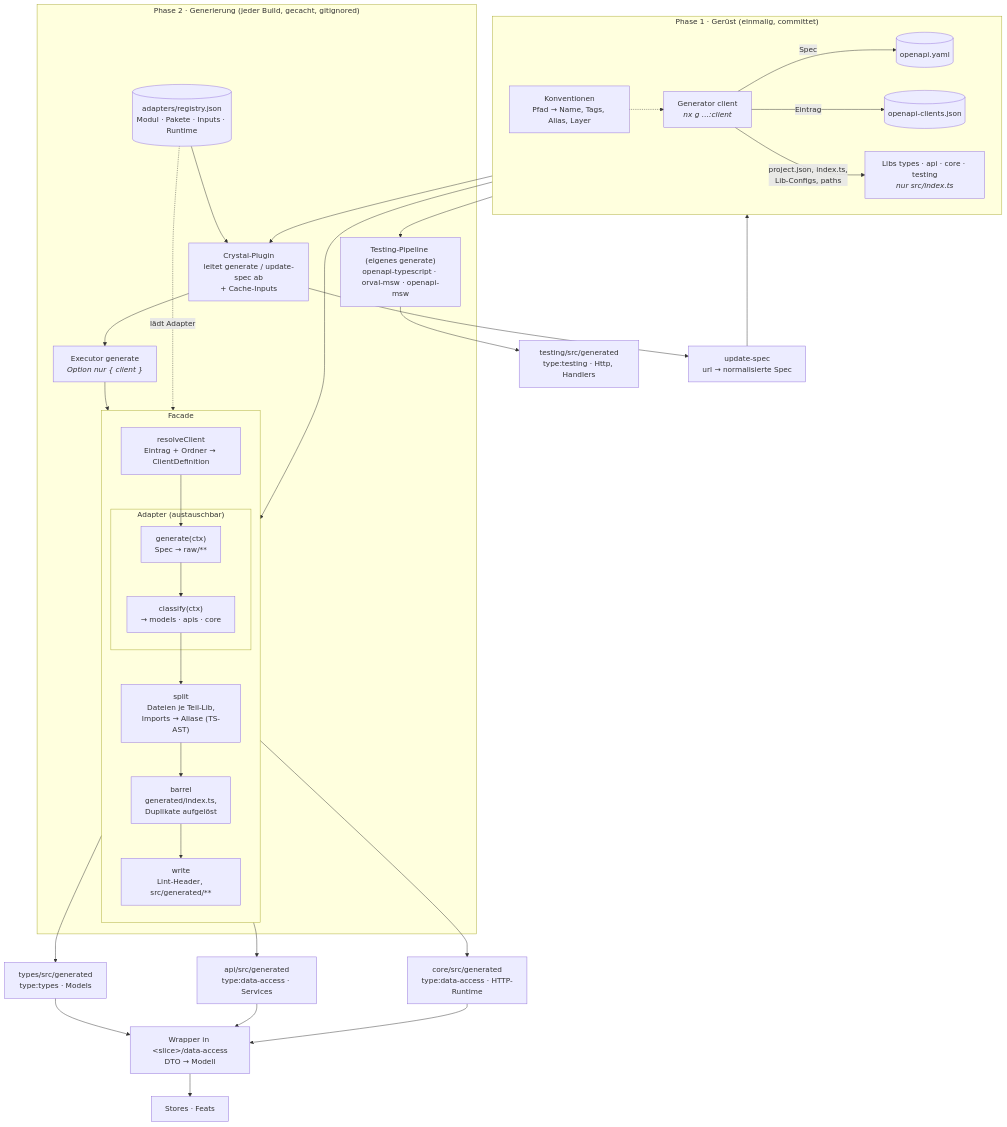
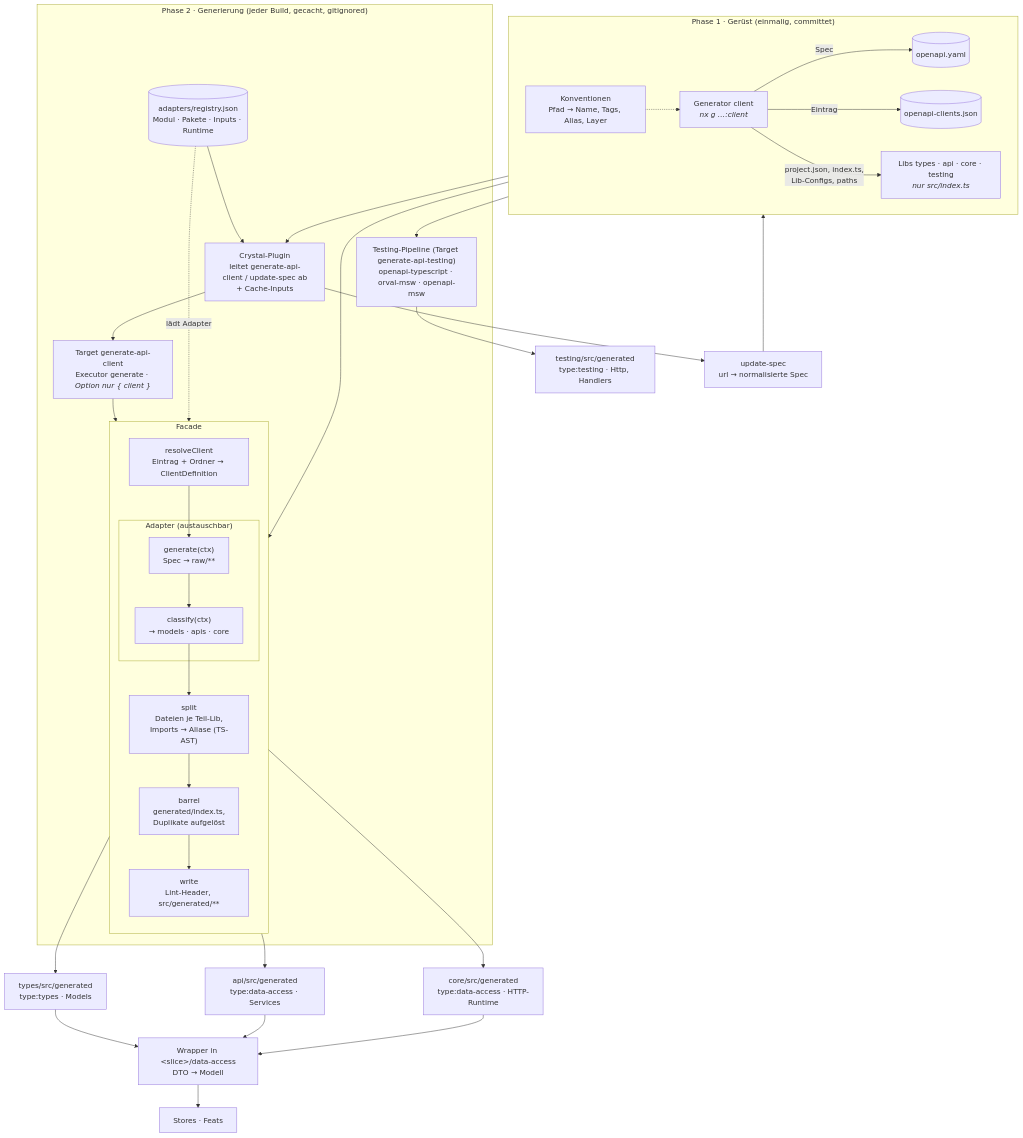
Before and after one commit to michaelbe812/mo-transfer: the diagram in docs/nx-umsetzung.md, drawn with Mermaid. The commit also changed other lines of this file, not shown here.

Commit message:
docs: diagramm-labels generate-api-client/-testing

````diff
--- a/docs/nx-umsetzung.md
+++ b/docs/nx-umsetzung.md
@@ -405,47 +405,47 @@
 ```mermaid
 flowchart TB
   subgraph P1["Phase 1 · Gerüst (einmalig, committet)"]
     direction LR
     G["Generator client<br/><i>nx g …:client</i>"]
     G -->|Spec| SPEC[("openapi.yaml")]
     G -->|Eintrag| REG[("openapi-clients.json")]
     G -->|"project.json, index.ts,<br/>Lib-Configs, paths"| LIBS["Libs types · api · core · testing<br/><i>nur src/index.ts</i>"]
     CONV["Konventionen<br/>Pfad → Name, Tags, Alias, Layer"] -.-> G
   end
 
   subgraph P2["Phase 2 · Generierung (jeder Build, gecacht, gitignored)"]
-    PLUGIN["Crystal-Plugin<br/>leitet generate / update-spec ab<br/>+ Cache-Inputs"]
+    PLUGIN["Crystal-Plugin<br/>leitet generate-api-client / update-spec ab<br/>+ Cache-Inputs"]
     ADREG[("adapters/registry.json<br/>Modul · Pakete · Inputs · Runtime")]
-    EXEC["Executor generate<br/><i>Option nur { client }</i>"]
+    EXEC["Target generate-api-client<br/>Executor generate · <i>Option nur { client }</i>"]
     subgraph FACADE["Facade"]
       direction TB
       RES["resolveClient<br/>Eintrag + Ordner → ClientDefinition"]
       subgraph ADAPTER["Adapter (austauschbar)"]
         GEN["generate(ctx)<br/>Spec → raw/**"]
         CLS["classify(ctx)<br/>→ models · apis · core"]
       end
       SPLIT["split<br/>Dateien je Teil-Lib,<br/>Imports → Aliase (TS-AST)"]
       BAR["barrel<br/>generated/index.ts,<br/>Duplikate aufgelöst"]
       WR["write<br/>Lint-Header, src/generated/**"]
       RES --> GEN --> CLS --> SPLIT --> BAR --> WR
     end
-    TEST["Testing-Pipeline (eigenes generate)<br/>openapi-typescript · orval-msw · openapi-msw"]
+    TEST["Testing-Pipeline (Target generate-api-testing)<br/>openapi-typescript · orval-msw · openapi-msw"]
   end
 
   REG --> PLUGIN
   ADREG --> PLUGIN
   PLUGIN --> EXEC --> RES
   ADREG -. lädt Adapter .-> GEN
   SPEC --> GEN
   SPEC --> TEST
 
   WR --> T["types/src/generated<br/>type:types · Models"]
   WR --> A["api/src/generated<br/>type:data-access · Services"]
   WR --> C["core/src/generated<br/>type:data-access · HTTP-Runtime"]
   TEST --> TS["testing/src/generated<br/>type:testing · Http, Handlers"]
   T & A & C --> DA["Wrapper in &lt;slice&gt;/data-access<br/>DTO → Modell"]
   DA --> FE["Stores · Feats"]
 
   UPD["update-spec<br/>url → normalisierte Spec"] --> SPEC
   PLUGIN --> UPD
 ```
````
